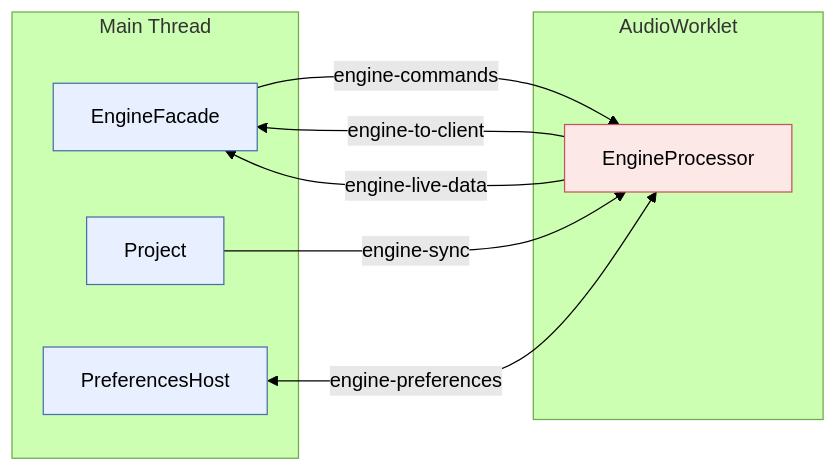
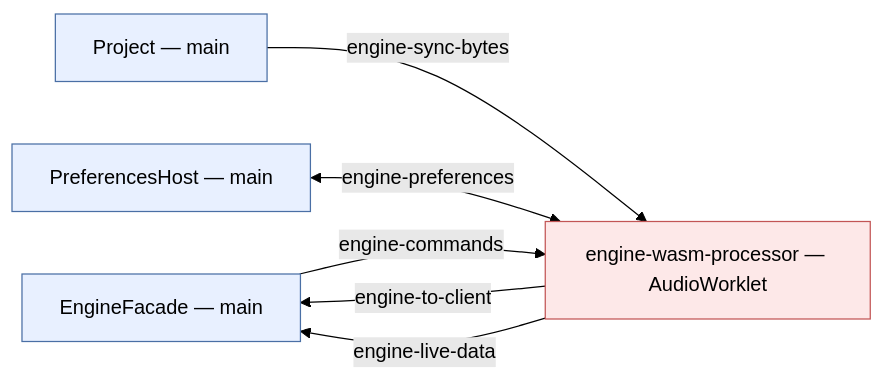
Before and after one commit to naomiaro/opendaw-test: the diagram in documentation/internals/03-cross-thread-protocols.md, drawn with Mermaid (forest theme). The commit also changed other lines of this file and 51 other files, not shown here.

````diff
--- a/documentation/internals/03-cross-thread-protocols.md
+++ b/documentation/internals/03-cross-thread-protocols.md
@@ -141,22 +148,18 @@
 ```mermaid
 flowchart LR
-    subgraph Main["Main Thread"]
-        Facade["EngineFacade"]
-        Project["Project"]
-        Prefs["PreferencesHost"]
-    end
-    subgraph Worklet["AudioWorklet"]
-        EP["EngineProcessor"]
-    end
+    Facade["EngineFacade — main"]
+    Project["Project — main"]
+    Prefs["PreferencesHost — main"]
+    EP["engine-wasm-processor — AudioWorklet"]
 
     Facade -- "engine-commands" --> EP
     EP -- "engine-to-client" --> Facade
-    Project -- "engine-sync" --> EP
+    Project -- "engine-sync-bytes" --> EP
     EP -- "engine-live-data" --> Facade
     Prefs <-- "engine-preferences" --> EP
 
     classDef main fill:#e8f0ff,stroke:#4a6fa5,color:#000
     classDef rt fill:#fde8e8,stroke:#c25555,color:#000
     class Facade,Project,Prefs main
     class EP rt
 ```
````
